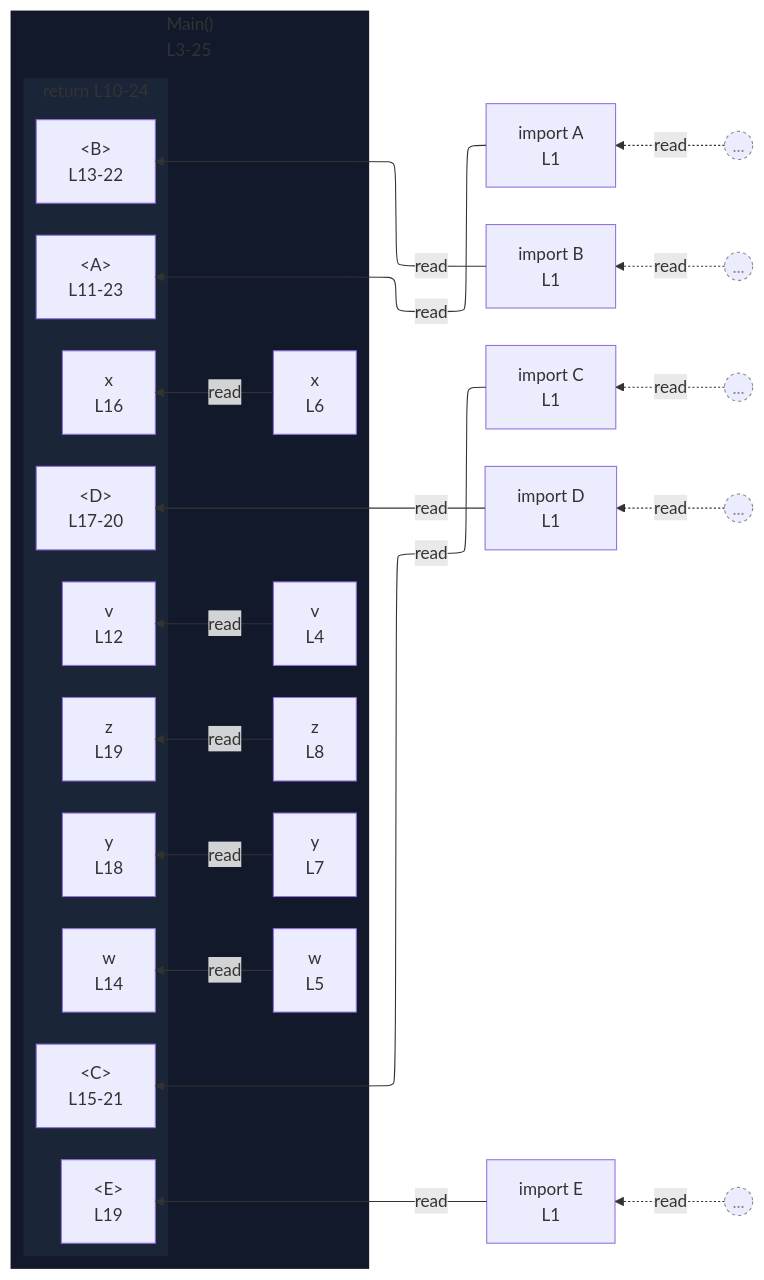
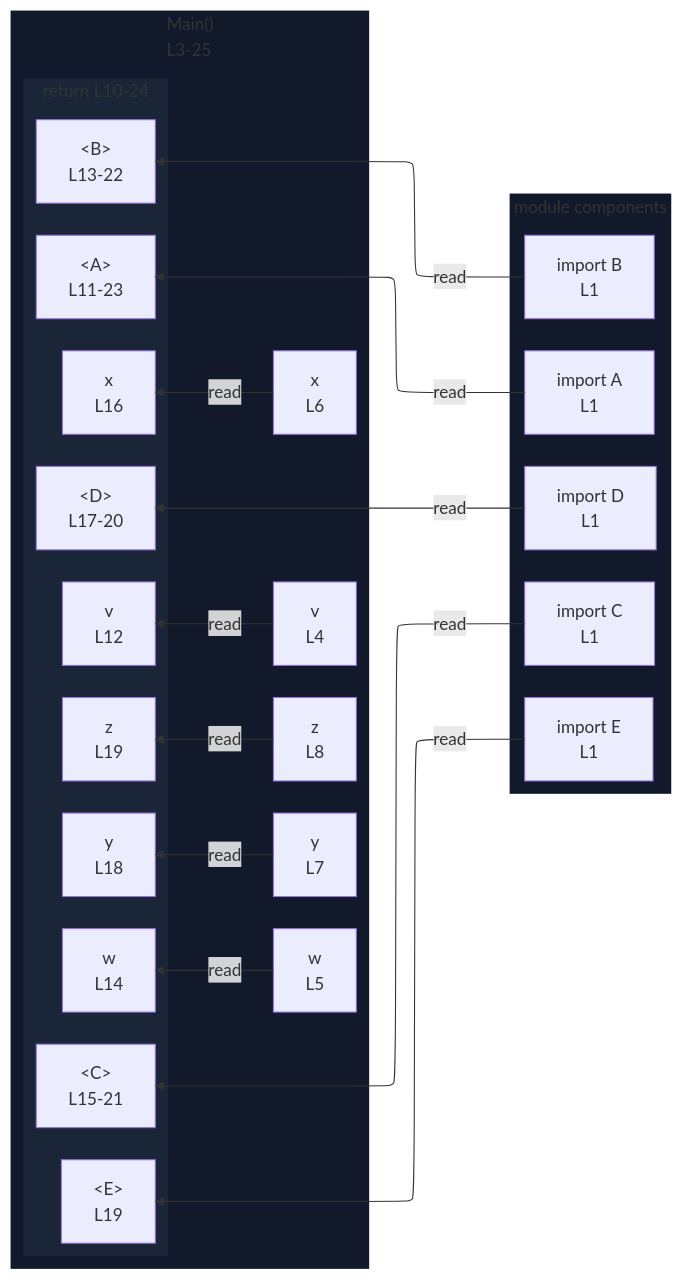
One commit to crescware/unsnarl changed the diagram in integration/fixtures/jsx/nested-five/pruned-r10-b1/preview.md. Above: the diagram before and after it, drawn with Mermaid. The commit also changed 153 other files, not shown here.

First line of the commit message:
Render import sources as module subgraphs instead of module nodes

````diff
--- a/integration/fixtures/jsx/nested-five/pruned-r10-b1/preview.md
+++ b/integration/fixtures/jsx/nested-five/pruned-r10-b1/preview.md
@@ -41,61 +41,49 @@
 ```mermaid
 %%{init: {"flowchart": {"defaultRenderer": "elk"}}}%%
 flowchart RL
   %% pruning roots 10=10 ancestors=1 descendants=0
-  n_scope_0_A_9["import A<br/>L1"]
-  n_scope_0_B_12["import B<br/>L1"]
-  n_scope_0_C_15["import C<br/>L1"]
-  n_scope_0_D_18["import D<br/>L1"]
-  n_scope_0_E_21["import E<br/>L1"]
   subgraph s_scope_1["Main()<br/>L3-25"]
     direction RL
     n_scope_1_v_71["v<br/>L4"]
     n_scope_1_w_88["w<br/>L5"]
     n_scope_1_x_105["x<br/>L6"]
     n_scope_1_y_122["y<br/>L7"]
     n_scope_1_z_139["z<br/>L8"]
     subgraph s_return_scope_0_Main_54_151_331["return L10-24"]
       direction RL
       ret_use_ref_5["&lt;A&gt;<br/>L11-23"]
       ret_use_ref_6["v<br/>L12"]
       ret_use_ref_7["&lt;B&gt;<br/>L13-22"]
       ret_use_ref_8["w<br/>L14"]
       ret_use_ref_9["&lt;C&gt;<br/>L15-21"]
       ret_use_ref_10["x<br/>L16"]
       ret_use_ref_11["&lt;D&gt;<br/>L17-20"]
       ret_use_ref_12["y<br/>L18"]
       ret_use_ref_13["&lt;E&gt;<br/>L19"]
       ret_use_ref_14["z<br/>L19"]
     end
   end
+  subgraph sg_components["module components"]
+    direction RL
+    n_scope_0_A_9["import A<br/>L1"]
+    n_scope_0_B_12["import B<br/>L1"]
+    n_scope_0_C_15["import C<br/>L1"]
+    n_scope_0_D_18["import D<br/>L1"]
+    n_scope_0_E_21["import E<br/>L1"]
+  end
   n_scope_0_A_9 -->|read| ret_use_ref_5
   n_scope_1_v_71 -->|read| ret_use_ref_6
   n_scope_0_B_12 -->|read| ret_use_ref_7
   n_scope_1_w_88 -->|read| ret_use_ref_8
   n_scope_0_C_15 -->|read| ret_use_ref_9
   n_scope_1_x_105 -->|read| ret_use_ref_10
   n_scope_0_D_18 -->|read| ret_use_ref_11
   n_scope_1_y_122 -->|read| ret_use_ref_12
   n_scope_0_E_21 -->|read| ret_use_ref_13
   n_scope_1_z_139 -->|read| ret_use_ref_14
-  boundary_stub_1((...))
-  boundary_stub_1 -.->|read| n_scope_0_A_9
-  boundary_stub_2((...))
-  boundary_stub_2 -.->|read| n_scope_0_B_12
-  boundary_stub_3((...))
-  boundary_stub_3 -.->|read| n_scope_0_C_15
-  boundary_stub_4((...))
-  boundary_stub_4 -.->|read| n_scope_0_D_18
-  boundary_stub_5((...))
-  boundary_stub_5 -.->|read| n_scope_0_E_21
-  classDef boundaryStub stroke:#888,stroke-dasharray:3 3,color:#888;
-  class boundary_stub_1 boundaryStub;
-  class boundary_stub_2 boundaryStub;
-  class boundary_stub_3 boundaryStub;
-  class boundary_stub_4 boundaryStub;
-  class boundary_stub_5 boundaryStub;
   classDef nestL1 fill:#11192a,stroke:transparent;
   class s_scope_1 nestL1;
+  class sg_components nestL1;
   classDef nestL2 fill:#1a2538,stroke:transparent;
   class s_return_scope_0_Main_54_151_331 nestL2;
 ```
````
